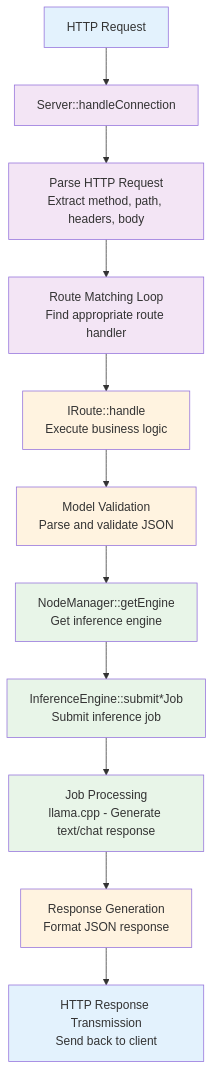
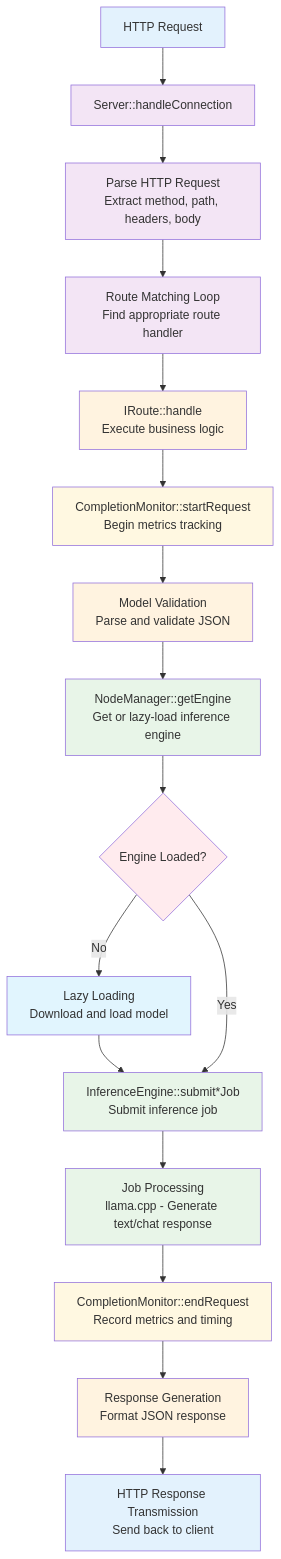
One commit to KolosalAI/kolosal-server changed the second of 4 diagrams in docs/ARCHITECTURE.md. Above: the diagram before and after it, drawn with Mermaid. The commit also changed other lines of this file and 7 other files, not shown here.

````diff
--- a/docs/ARCHITECTURE.md
+++ b/docs/ARCHITECTURE.md
@@ -216,25 +360,34 @@
 ```mermaid
 flowchart TD
     A[HTTP Request] --> B["Server::handleConnection"]
     B --> C["Parse HTTP Request<br/>Extract method, path, headers, body"]
     C --> D["Route Matching Loop<br/>Find appropriate route handler"]
     D --> E["IRoute::handle<br/>Execute business logic"]
-    E --> F["Model Validation<br/>Parse and validate JSON"]
-    F --> G["NodeManager::getEngine<br/>Get inference engine"]
-    G --> H["InferenceEngine::submit*Job<br/>Submit inference job"]
+    E --> CM1["CompletionMonitor::startRequest<br/>Begin metrics tracking"]
+    CM1 --> F["Model Validation<br/>Parse and validate JSON"]
+    F --> G["NodeManager::getEngine<br/>Get or lazy-load inference engine"]
+    G --> LL{"Engine Loaded?"}
+    LL -->|No| LL1["Lazy Loading<br/>Download and load model"]
+    LL1 --> H["InferenceEngine::submit*Job<br/>Submit inference job"]
+    LL -->|Yes| H
     H --> I["Job Processing<br/>llama.cpp - Generate text/chat response"]
-    I --> J["Response Generation<br/>Format JSON response"]
+    I --> CM2["CompletionMonitor::endRequest<br/>Record metrics and timing"]
+    CM2 --> J["Response Generation<br/>Format JSON response"]
     J --> K["HTTP Response Transmission<br/>Send back to client"]
     
     style A fill:#e3f2fd
     style B fill:#f3e5f5
     style C fill:#f3e5f5
     style D fill:#f3e5f5
     style E fill:#fff3e0
+    style CM1 fill:#fff8e1
     style F fill:#fff3e0
     style G fill:#e8f5e8
+    style LL fill:#ffebee
+    style LL1 fill:#e1f5fe
     style H fill:#e8f5e8
     style I fill:#e8f5e8
+    style CM2 fill:#fff8e1
     style J fill:#fff3e0
     style K fill:#e3f2fd
 ```
````
